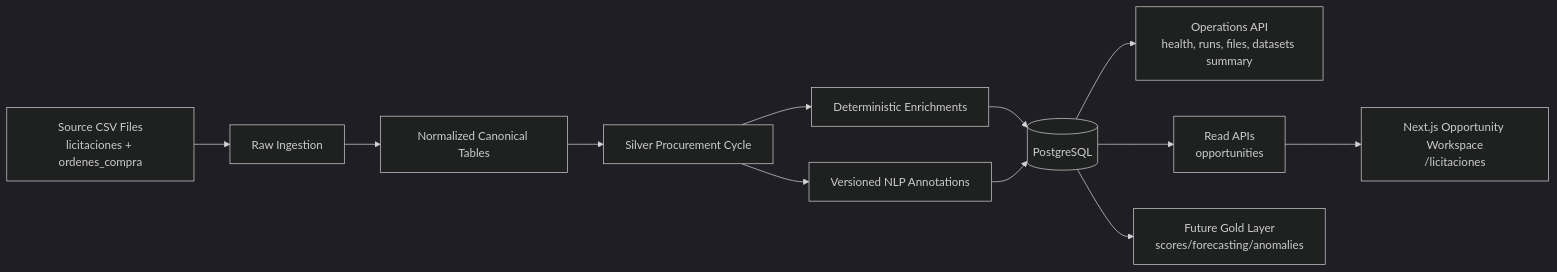
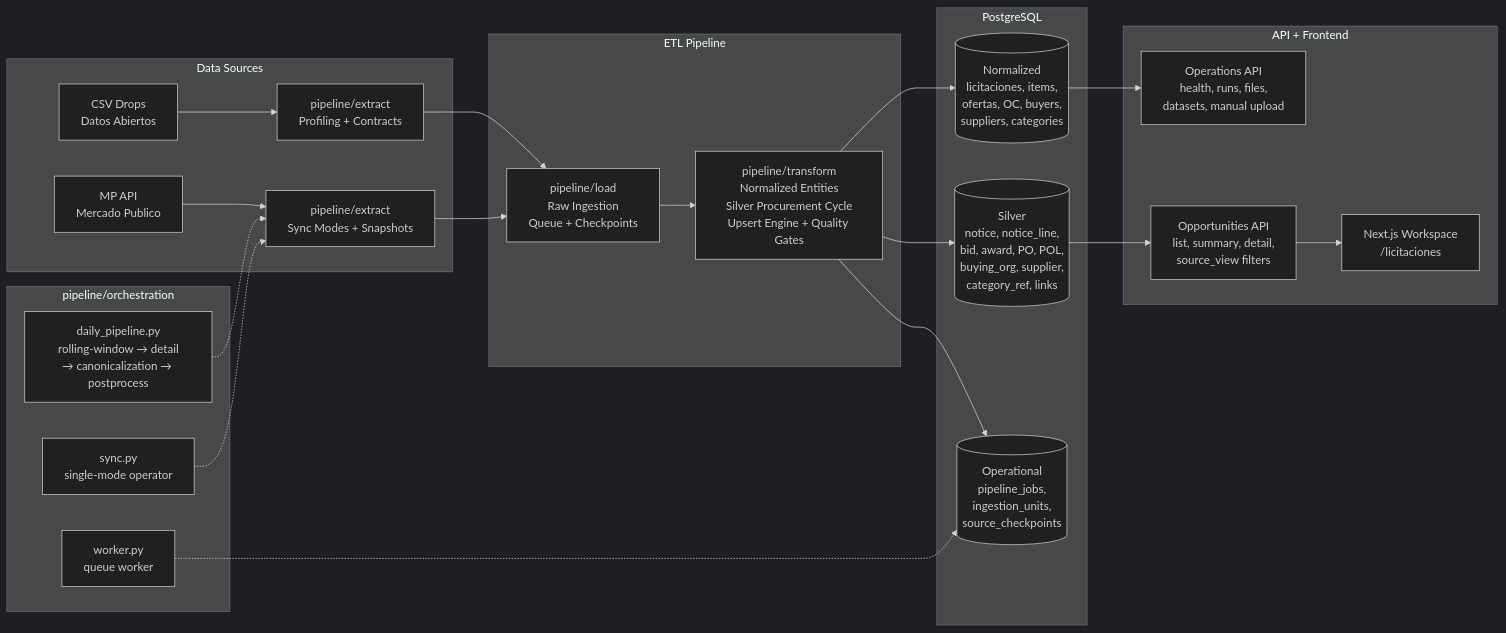
Before and after one commit to nicolasenriquez/omnibid: the first of 2 diagrams in README.md, drawn with Mermaid (dark theme). The commit also changed other lines of this file and 181 other files, not shown here.

First line of the commit message:
feat: harden MP API pipeline, opportunity workspace contracts, and OpenSpec redesign foundations (#22)

````diff
--- a/README.md
+++ b/README.md
@@ -76,14 +76,34 @@
 ```mermaid
 flowchart LR
-  A[Source CSV Files<br/>licitaciones + ordenes_compra] --> B[Raw Ingestion]
-  B --> C[Normalized Canonical Tables]
-  C --> D[Silver Procurement Cycle]
-  D --> E[Deterministic Enrichments]
-  D --> F[Versioned NLP Annotations]
-  E --> G[(PostgreSQL)]
-  F --> G
-  G --> H[Operations API<br/>health, runs, files, datasets summary]
-  G --> I[Read APIs<br/>opportunities]
-  I --> J[Next.js Opportunity Workspace<br/>/licitaciones]
-  G --> K[Future Gold Layer<br/>scores/forecasting/anomalies]
+  subgraph Sources["Data Sources"]
+    A[CSV Drops<br/>Datos Abiertos] --> C[pipeline/extract<br/>Profiling + Contracts]
+    B[MP API<br/>Mercado Publico] --> D[pipeline/extract<br/>Sync Modes + Snapshots]
+  end
+
+  subgraph Pipeline["ETL Pipeline"]
+    C --> E[pipeline/load<br/>Raw Ingestion<br/>Queue + Checkpoints]
+    D --> E
+    E --> F[pipeline/transform<br/>Normalized Entities<br/>Silver Procurement Cycle<br/>Upsert Engine + Quality Gates]
+  end
+
+  subgraph Storage["PostgreSQL"]
+    F --> G[(Normalized<br/>licitaciones, items,<br/>ofertas, OC, buyers,<br/>suppliers, categories)]
+    F --> H[(Silver<br/>notice, notice_line,<br/>bid, award, PO, POL,<br/>buying_org, supplier,<br/>category_ref, links)]
+    F --> I[(Operational<br/>pipeline_jobs,<br/>ingestion_units,<br/>source_checkpoints)]
+  end
+
+  subgraph Serve["API + Frontend"]
+    G --> J[Operations API<br/>health, runs, files,<br/>datasets, manual upload]
+    H --> K[Opportunities API<br/>list, summary, detail,<br/>source_view filters]
+    K --> L[Next.js Workspace<br/>/licitaciones]
+  end
+
+  subgraph Orchestration["pipeline/orchestration"]
+    M[daily_pipeline.py<br/>rolling-window → detail<br/>→ canonicalization → postprocess]
+    N[sync.py<br/>single-mode operator]
+    O[worker.py<br/>queue worker]
+    M -.-> D
+    N -.-> D
+    O -.-> I
+  end
 ```
````
